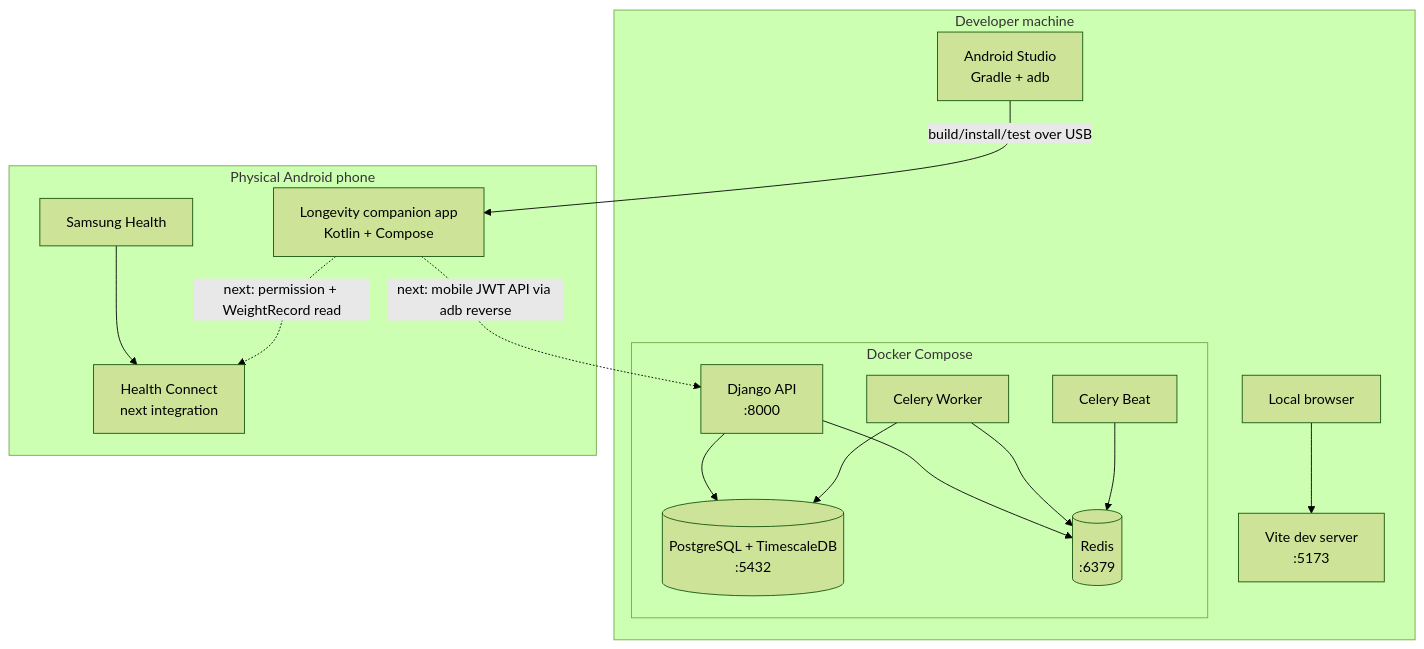
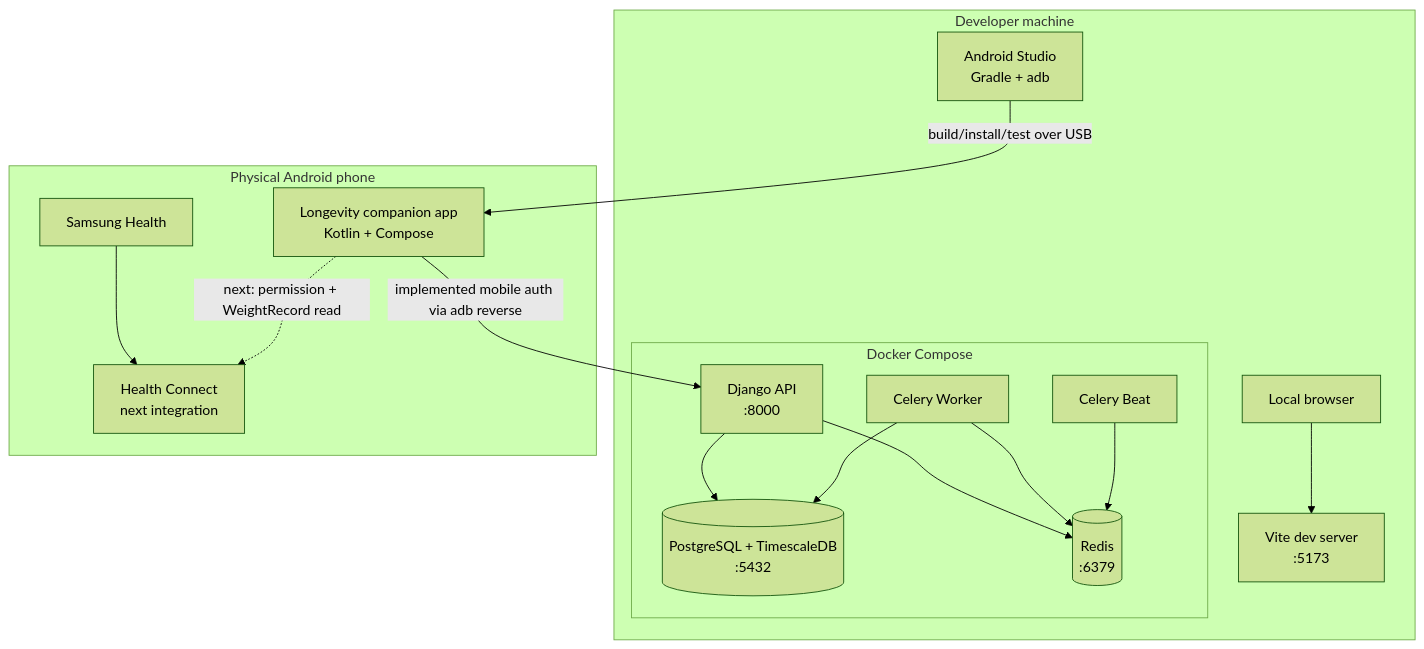
Before and after one commit to elvisrepo/long: the diagram in reference_docs/knowledge/05-local-development-architecture.md, drawn with Mermaid (forest theme). The commit also changed other lines of this file and 1 other file, not shown here.

````diff
--- a/reference_docs/knowledge/05-local-development-architecture.md
+++ b/reference_docs/knowledge/05-local-development-architecture.md
@@ -16,33 +16,33 @@
 ```mermaid
 graph TB
     subgraph "Developer machine"
         STUDIO["Android Studio<br/>Gradle + adb"]
         VITE["Vite dev server<br/>:5173"]
         BROWSER["Local browser"]
 
         subgraph "Docker Compose"
             DEV["Django API<br/>:8000"]
             PG[("PostgreSQL + TimescaleDB<br/>:5432")]
             REDIS[("Redis<br/>:6379")]
             CELERY["Celery Worker"]
             BEAT["Celery Beat"]
         end
     end
 
     subgraph "Physical Android phone"
         APP["Longevity companion app<br/>Kotlin + Compose"]
         HC["Health Connect<br/>next integration"]
         SAMSUNG["Samsung Health"]
     end
 
     BROWSER --> VITE
     DEV --> PG
     DEV --> REDIS
     CELERY --> PG
     CELERY --> REDIS
     BEAT --> REDIS
     STUDIO -->|"build/install/test over USB"| APP
     SAMSUNG --> HC
     APP -. "next: permission + WeightRecord read" .-> HC
-    APP -. "next: mobile JWT API via adb reverse" .-> DEV
+    APP -->|"implemented mobile auth via adb reverse"| DEV
 ```
````
